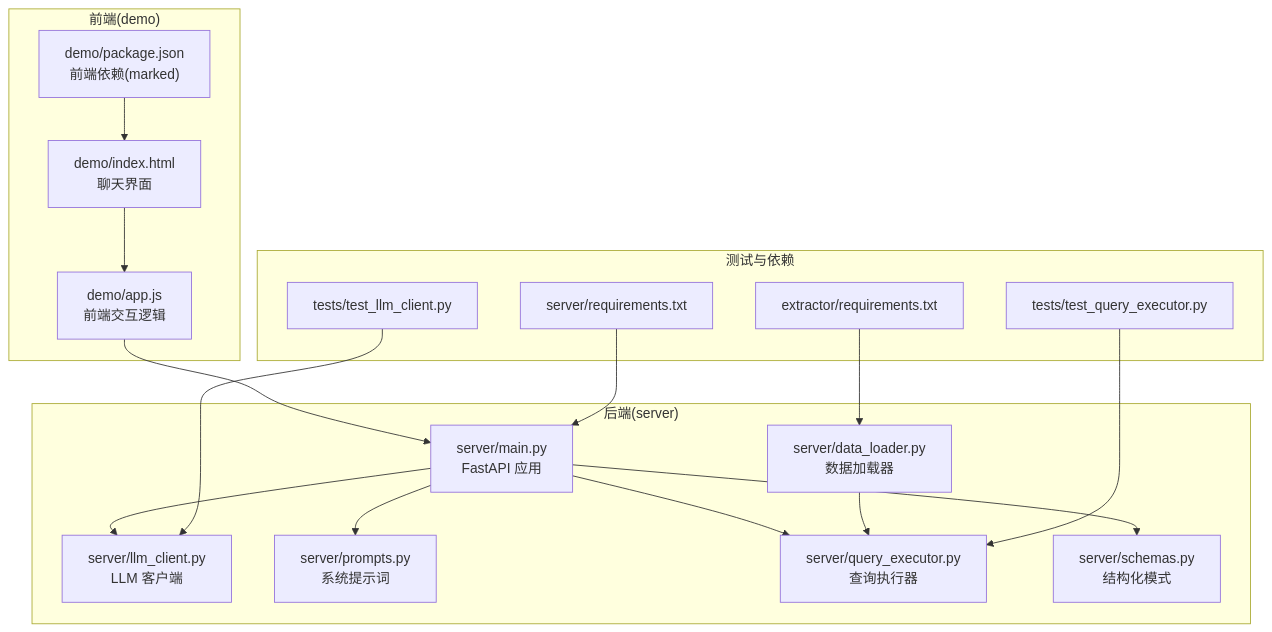
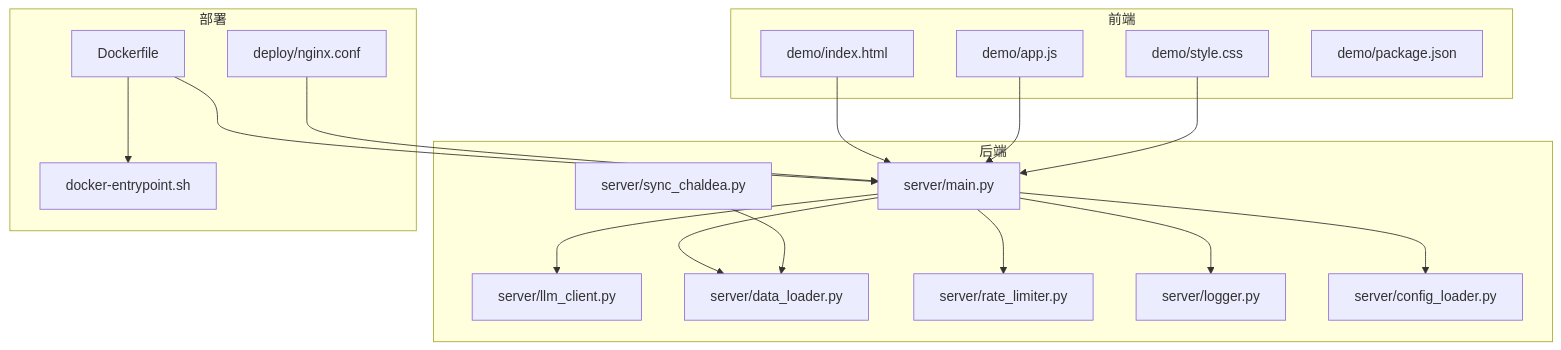
One commit to kanoha222/Laplace changed the first of 3 diagrams in .qoder/repowiki/zh/content/快速开始.md. Above: the diagram before and after it, drawn with Mermaid. The commit also changed other lines of this file and 56 other files, not shown here.

````diff
--- a/.qoder/repowiki/zh/content/快速开始.md
+++ b/.qoder/repowiki/zh/content/快速开始.md
@@ -41,33 +40,35 @@
 ```mermaid
 graph TB
-subgraph "后端(server)"
-M["server/main.py<br/>FastAPI 应用"]
-L["server/llm_client.py<br/>LLM 客户端"]
-P["server/prompts.py<br/>系统提示词"]
-Q["server/query_executor.py<br/>查询执行器"]
-D["server/data_loader.py<br/>数据加载器"]
-S["server/schemas.py<br/>结构化模式"]
+subgraph "前端"
+FE_HTML["demo/index.html"]
+FE_JS["demo/app.js"]
+FE_CSS["demo/style.css"]
+FE_PKG["demo/package.json"]
 end
-subgraph "前端(demo)"
-H["demo/index.html<br/>聊天界面"]
-J["demo/app.js<br/>前端交互逻辑"]
-NPM["demo/package.json<br/>前端依赖(marked)"]
+subgraph "后端"
+MAIN["server/main.py"]
+LLM["server/llm_client.py"]
+DATA["server/data_loader.py"]
+SYNC["server/sync_chaldea.py"]
+RATE["server/rate_limiter.py"]
+LOG["server/logger.py"]
+CFG["server/config_loader.py"]
 end
-subgraph "测试与依赖"
-T1["tests/test_llm_client.py"]
-T2["tests/test_query_executor.py"]
-R1["server/requirements.txt"]
-R2["extractor/requirements.txt"]
+subgraph "部署"
+DOCKER["Dockerfile"]
+ENTRY["docker-entrypoint.sh"]
+NGINX["deploy/nginx.conf"]
 end
-H --> J --> M
-M --> L
-M --> Q
-M --> P
-M --> S
-D --> Q
-T1 --> L
-T2 --> Q
-R1 --> M
-R2 --> D
-NPM --> H
+FE_HTML --> MAIN
+FE_JS --> MAIN
+FE_CSS --> MAIN
+MAIN --> LLM
+MAIN --> DATA
+MAIN --> RATE
+MAIN --> LOG
+MAIN --> CFG
+SYNC --> DATA
+DOCKER --> ENTRY
+DOCKER --> MAIN
+NGINX --> MAIN
 ```
````
